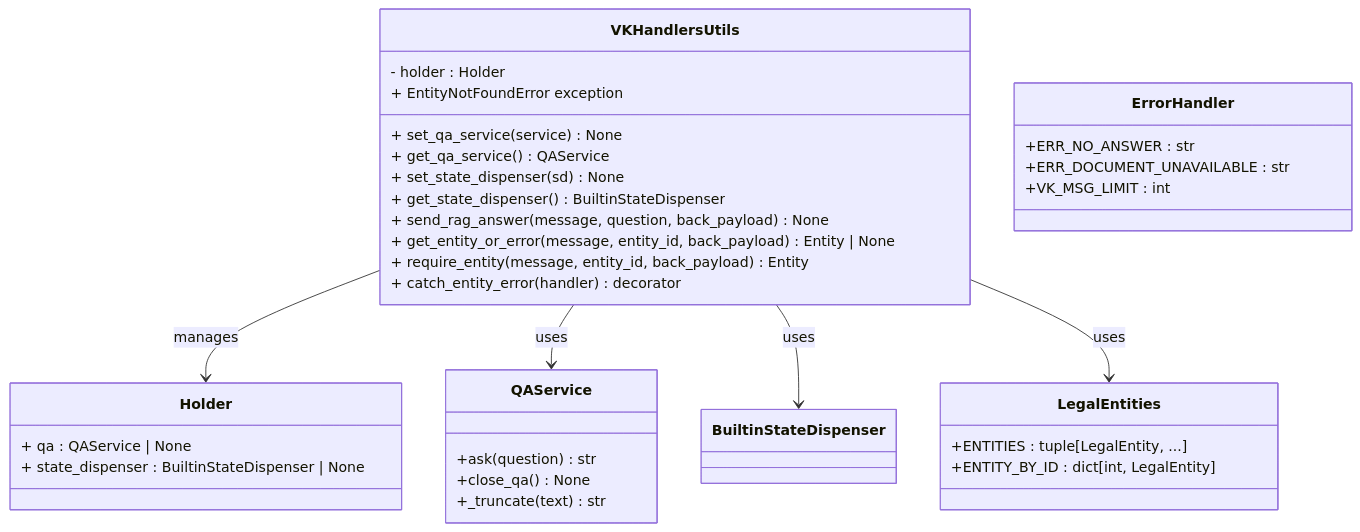
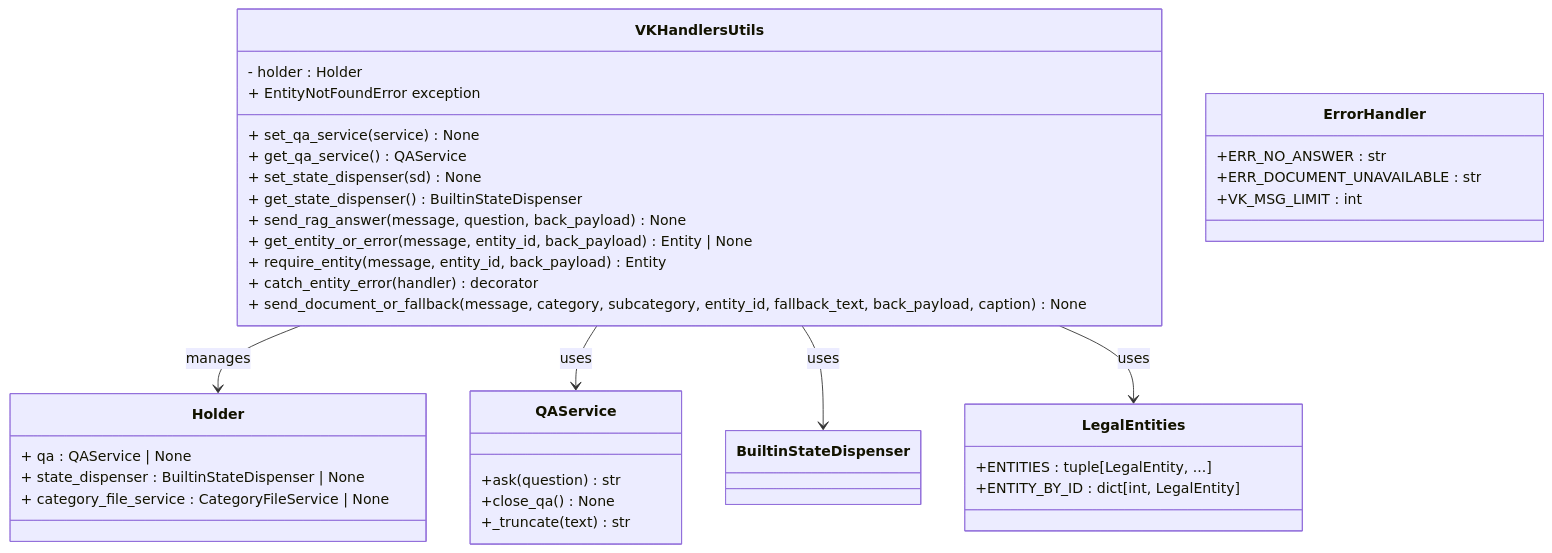
One commit to ognelis/cafetera_hr_bot changed the fourth of 25 diagrams in .qoder/repowiki/en/content/VK Integration/VK Integration.md. Above: the diagram before and after it, drawn with Mermaid. The commit also changed other lines of this file and 10 other files, not shown here.

````diff
--- a/.qoder/repowiki/en/content/VK Integration/VK Integration.md
+++ b/.qoder/repowiki/en/content/VK Integration/VK Integration.md
@@ -383,37 +385,39 @@
 ```mermaid
 classDiagram
 class VKHandlersUtils {
 - holder : Holder
 + set_qa_service(service) None
 + get_qa_service() QAService
 + set_state_dispenser(sd) None
 + get_state_dispenser() BuiltinStateDispenser
 + send_rag_answer(message, question, back_payload) None
 + get_entity_or_error(message, entity_id, back_payload) Entity | None
 + require_entity(message, entity_id, back_payload) Entity
 + catch_entity_error(handler) decorator
 + EntityNotFoundError exception
++ send_document_or_fallback(message, category, subcategory, entity_id, fallback_text, back_payload, caption) None
 }
 class Holder {
 + qa : QAService | None
 + state_dispenser : BuiltinStateDispenser | None
++ category_file_service : CategoryFileService | None
 }
 class QAService {
 +ask(question) str
 +close_qa() None
 +_truncate(text) str
 }
 class ErrorHandler {
 +ERR_NO_ANSWER : str
 +ERR_DOCUMENT_UNAVAILABLE : str
 +VK_MSG_LIMIT : int
 }
 class LegalEntities {
 +ENTITIES : tuple[LegalEntity, ...]
 +ENTITY_BY_ID : dict[int, LegalEntity]
 }
 VKHandlersUtils --> Holder : manages
 VKHandlersUtils --> QAService : uses
 VKHandlersUtils --> BuiltinStateDispenser : uses
 VKHandlersUtils --> LegalEntities : uses
 ```
````
